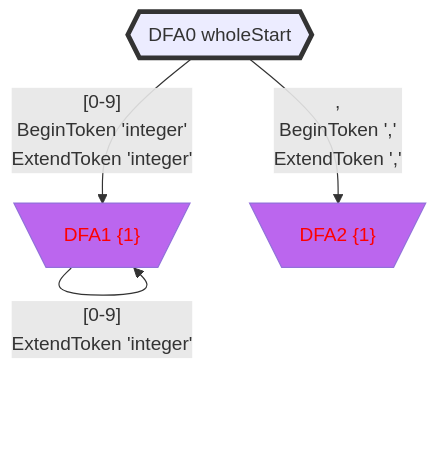
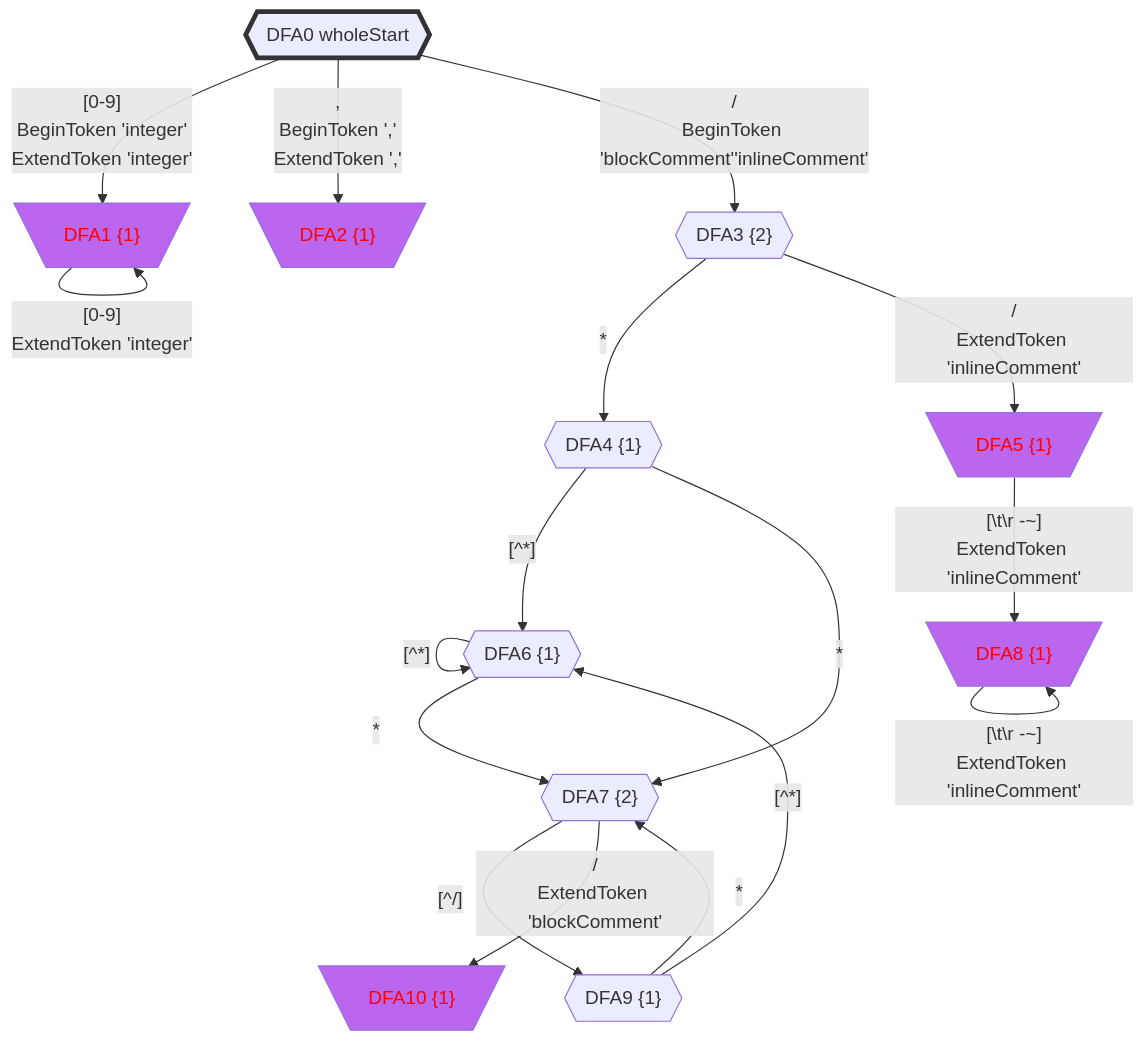
Before and after one commit to bitzhuwei/GrammarMentor: the first of 5 diagrams in Practices/Practice.GeneratedXxxFormat.Test/GeneratedInts2/doc/README-full.gen.md, drawn with Mermaid. The commit also changed other lines of this file and 3868 other files, not shown here.

````diff
--- a/Practices/Practice.GeneratedXxxFormat.Test/GeneratedInts2/doc/README-full.gen.md
+++ b/Practices/Practice.GeneratedXxxFormat.Test/GeneratedInts2/doc/README-full.gen.md
@@ -19,33 +19,62 @@
 ```Mermaid
 flowchart
 classDef c0001 color:#FF0000;
 classDef c0010 stroke-dasharray: 10 10;
 classDef c0011 stroke-dasharray: 10 10,color:#FF0000;
 classDef c0100 fill:#BB66EE;
 classDef c0101 fill:#BB66EE,color:#FF0000;
 classDef c0110 fill:#BB66EE,stroke-dasharray: 10 10;
 classDef c0111 fill:#BB66EE,stroke-dasharray: 10 10,color:#FF0000;
 classDef c1000 stroke:#333,stroke-width:4px;
 classDef c1001 stroke:#333,stroke-width:4px,color:#FF0000;
 classDef c1010 stroke:#333,stroke-width:4px,stroke-dasharray: 10 10;
 classDef c1011 stroke:#333,stroke-width:4px,stroke-dasharray: 10 10,color:#FF0000;
 classDef c1100 stroke:#333,stroke-width:4px,fill:#BB66EE;
 classDef c1101 stroke:#333,stroke-width:4px,fill:#BB66EE,color:#FF0000;
 classDef c1110 stroke:#333,stroke-width:4px,fill:#BB66EE,stroke-dasharray: 10 10;
 classDef c1111 stroke:#333,stroke-width:4px,fill:#BB66EE,stroke-dasharray: 10 10,color:#FF0000;
-DFA0_585978999{{"DFA0 wholeStart"}}
-class DFA0_585978999 c1000;
-DFA1_1120076600[\"DFA1 {1}"/]
-class DFA1_1120076600 c0101;
-DFA2_-1955808288[\"DFA2 {1}"/]
-class DFA2_-1955808288 c0101;
-DFA0_585978999 -->|"[0-9]
+DFA0_2038251495{{"DFA0 wholeStart"}}
+class DFA0_2038251495 c1000;
+DFA1_1487296350[\"DFA1 {1}"/]
+class DFA1_1487296350 c0101;
+DFA2_-1392431268[\"DFA2 {1}"/]
+class DFA2_-1392431268 c0101;
+DFA3_1205905158{{"DFA3 {2}"}}
+DFA4_1973535163{{"DFA4 {1}"}}
+DFA5_-1142252594[\"DFA5 {1}"/]
+class DFA5_-1142252594 c0101;
+DFA6_-1142954445{{"DFA6 {1}"}}
+DFA7_-1142139582{{"DFA7 {2}"}}
+DFA8_385616071[\"DFA8 {1}"/]
+class DFA8_385616071 c0101;
+DFA9_-521944197{{"DFA9 {1}"}}
+DFA10_75909841[\"DFA10 {1}"/]
+class DFA10_75909841 c0101;
+DFA0_2038251495 -->|"[0-9]
 BeginToken 'integer'
-ExtendToken 'integer'"|DFA1_1120076600
-DFA0_585978999 -->|",
+ExtendToken 'integer'"|DFA1_1487296350
+DFA0_2038251495 -->|",
 BeginToken ','
-ExtendToken ','"|DFA2_-1955808288
-DFA1_1120076600 -->|"[0-9]
-ExtendToken 'integer'"|DFA1_1120076600
+ExtendToken ','"|DFA2_-1392431268
+DFA0_2038251495 -->|"/
+BeginToken 'blockComment''inlineComment'"|DFA3_1205905158
+DFA1_1487296350 -->|"[0-9]
+ExtendToken 'integer'"|DFA1_1487296350
+DFA3_1205905158 -->|"*"|DFA4_1973535163
+DFA3_1205905158 -->|"/
+ExtendToken 'inlineComment'"|DFA5_-1142252594
+DFA4_1973535163 -->|"[^*]"|DFA6_-1142954445
+DFA4_1973535163 -->|"*"|DFA7_-1142139582
+DFA5_-1142252594 -->|"[#92;t#92;r#32;-~]
+ExtendToken 'inlineComment'"|DFA8_385616071
+DFA6_-1142954445 -->|"[^*]"|DFA6_-1142954445
+DFA6_-1142954445 -->|"*"|DFA7_-1142139582
+DFA7_-1142139582 -->|"[^/]"|DFA9_-521944197
+DFA7_-1142139582 -->|"/
+ExtendToken 'blockComment'"|DFA10_75909841
+DFA8_385616071 -->|"[#92;t#92;r#32;-~]
+ExtendToken 'inlineComment'"|DFA8_385616071
+DFA9_-521944197 -->|"[^*]"|DFA6_-1142954445
+DFA9_-521944197 -->|"*"|DFA7_-1142139582
 
 ```
````
